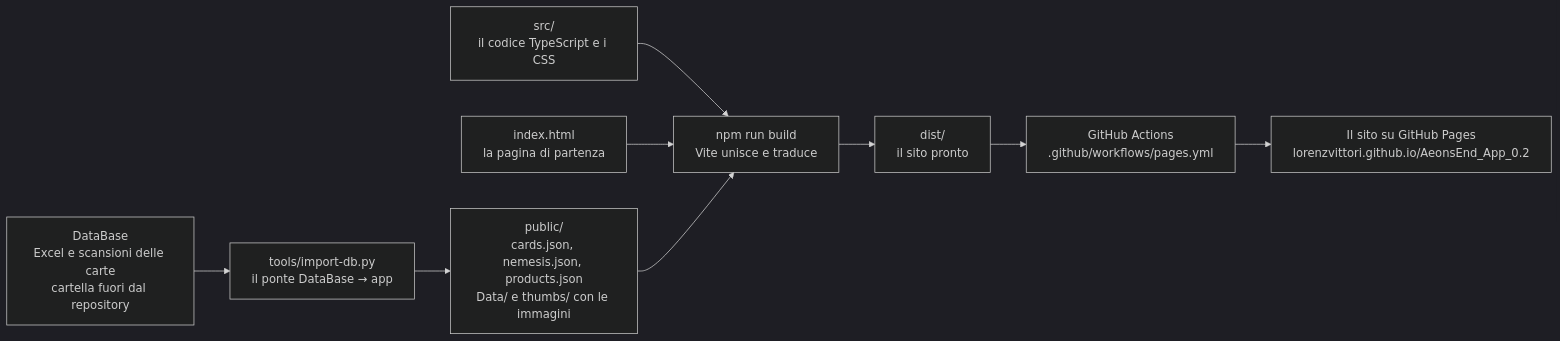
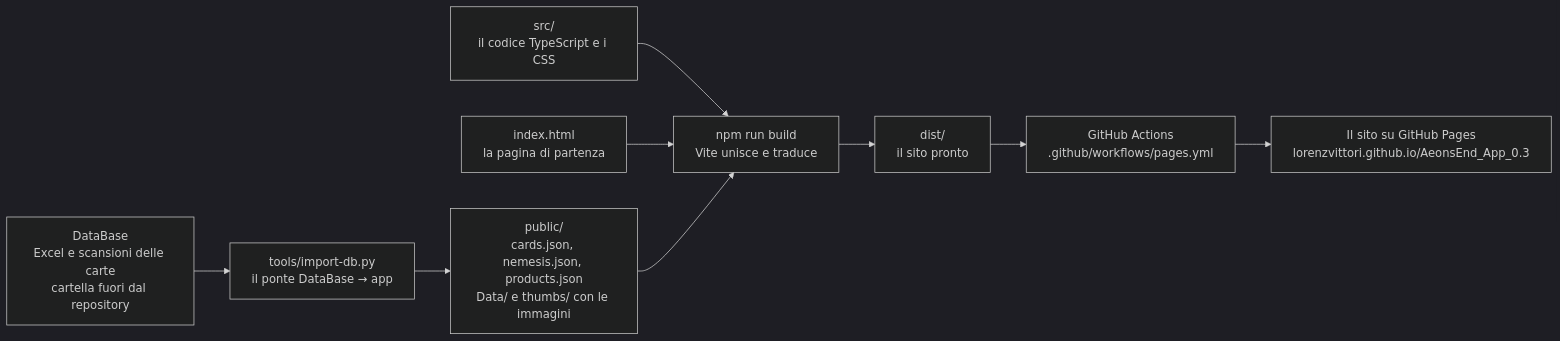
Before and after one commit to lorenzvittori/AeonsEnd_App_0.3: the first of 2 diagrams in docs/01-il-progetto.md, drawn with Mermaid (dark theme). The commit also changed other lines of this file and 8 other files, not shown here.

Commit message:
Repository rinominato in AeonsEnd_App_0.3: base di Vite, workflow, strumenti e documentazione con il nuovo indirizzo del sito (le chiavi di localStorage restano)

````diff
--- a/docs/01-il-progetto.md
+++ b/docs/01-il-progetto.md
@@ -18,11 +18,11 @@
 ```mermaid
 flowchart LR
     A["DataBase<br/>Excel e scansioni delle carte<br/>cartella fuori dal repository"] --> B["tools/import-db.py<br/>il ponte DataBase → app"]
     B --> C["public/<br/>cards.json, nemesis.json, products.json<br/>Data/ e thumbs/ con le immagini"]
     D["src/<br/>il codice TypeScript e i CSS"] --> E["npm run build<br/>Vite unisce e traduce"]
     F["index.html<br/>la pagina di partenza"] --> E
     C --> E
     E --> G["dist/<br/>il sito pronto"]
     G --> H["GitHub Actions<br/>.github/workflows/pages.yml"]
-    H --> I["Il sito su GitHub Pages<br/>lorenzvittori.github.io/AeonsEnd_App_0.2"]
+    H --> I["Il sito su GitHub Pages<br/>lorenzvittori.github.io/AeonsEnd_App_0.3"]
 ```
````
